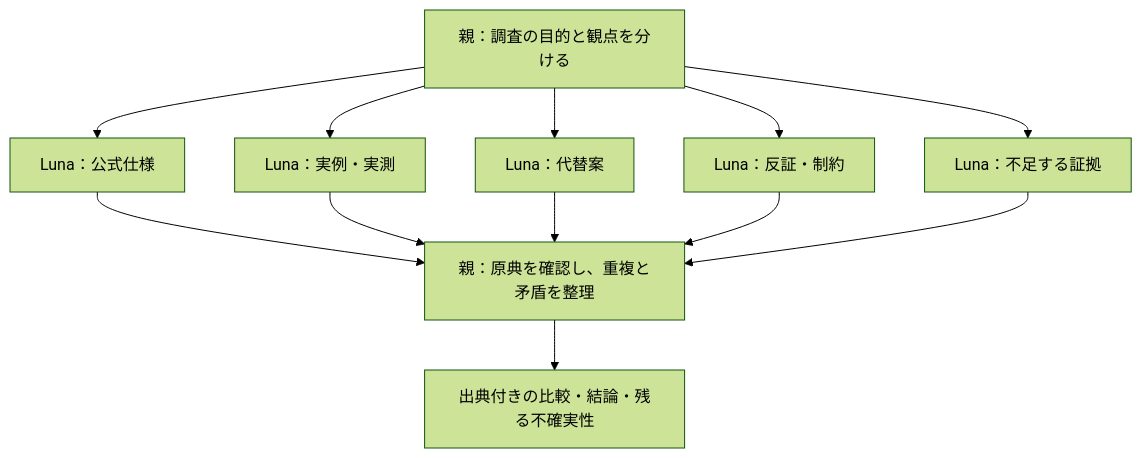
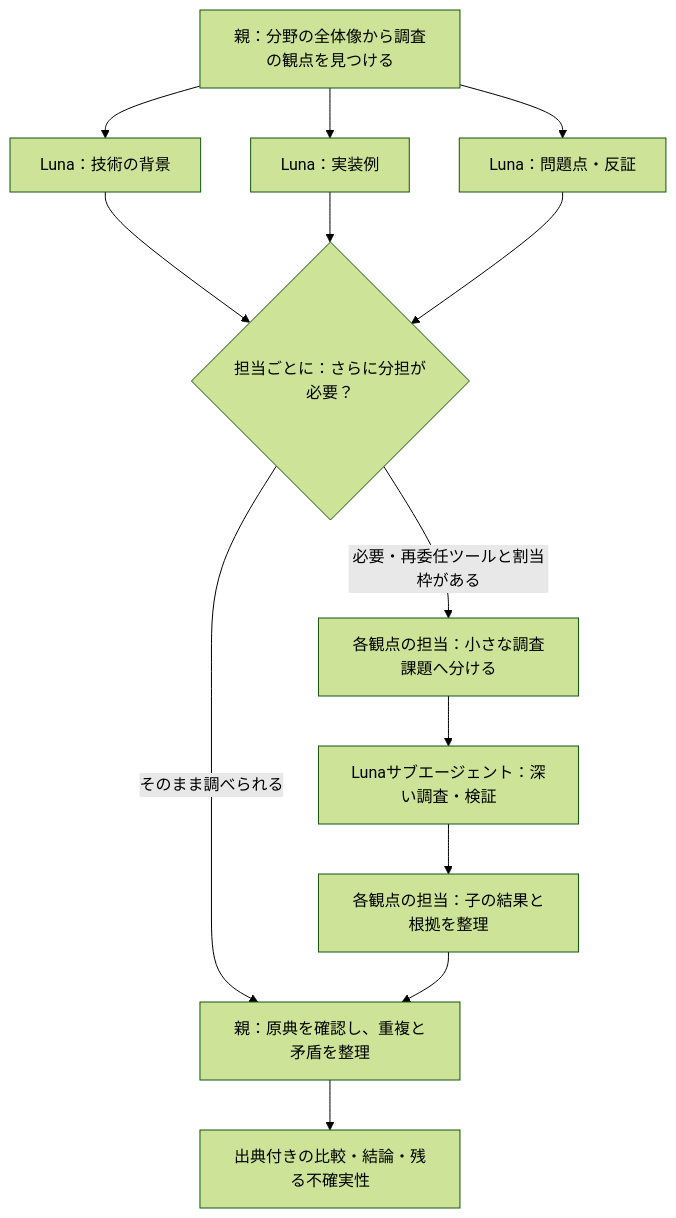
One commit to dj-thank/luna-research-skills changed the second of 3 diagrams in README.md. Above: the diagram before and after it, drawn with Mermaid (forest theme). The commit also changed other lines of this file and 3 other files, not shown here.

````diff
--- a/README.md
+++ b/README.md
@@ -42,14 +46,15 @@
 ```mermaid
 flowchart TD
-    P["親：調査の目的と観点を分ける"] --> A["Luna：公式仕様"]
-    P --> B["Luna：実例・実測"]
-    P --> C["Luna：代替案"]
-    P --> D["Luna：反証・制約"]
-    P --> E["Luna：不足する証拠"]
-    A --> S["親：原典を確認し、重複と矛盾を整理"]
-    B --> S
-    C --> S
-    D --> S
-    E --> S
+    P["親：分野の全体像から調査の観点を見つける"] --> A["Luna：技術の背景"]
+    P --> B["Luna：実装例"]
+    P --> C["Luna：問題点・反証"]
+    A --> Q{"担当ごとに：さらに分担が必要？"}
+    B --> Q
+    C --> Q
+    Q -->|"そのまま調べられる"| S["親：原典を確認し、重複と矛盾を整理"]
+    Q -->|"必要・再委任ツールと割当枠がある"| D["各観点の担当：小さな調査課題へ分ける"]
+    D --> E["Lunaサブエージェント：深い調査・検証"]
+    E --> F["各観点の担当：子の結果と根拠を整理"]
+    F --> S
     S --> R["出典付きの比較・結論・残る不確実性"]
 ```
````
